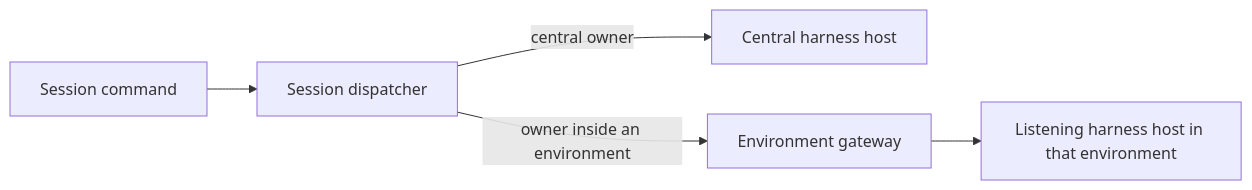
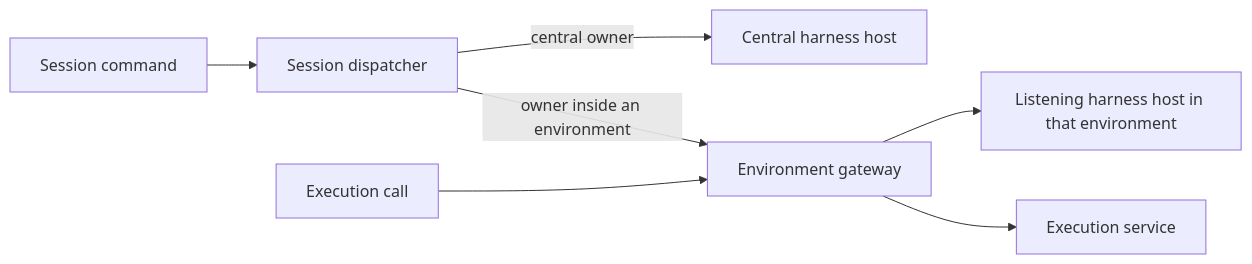
The diagram in agentplane/plans/session_runtime_model.md (agentydragon/ducktape), drawn with Mermaid before and after one commit. The commit also changed other lines of this file and 3 other files, not shown here.

````diff
--- a/agentplane/plans/session_runtime_model.md
+++ b/agentplane/plans/session_runtime_model.md
@@ -67,7 +123,9 @@
 ```mermaid
 flowchart LR
     caller[Session command] --> dispatcher[Session dispatcher]
     dispatcher -->|central owner| central[Central harness host]
     dispatcher -->|owner inside an environment| gateway[Environment gateway]
     gateway --> local[Listening harness host in that environment]
+    tool[Execution call] --> gateway
+    gateway --> execution[Execution service]
 ```
````
